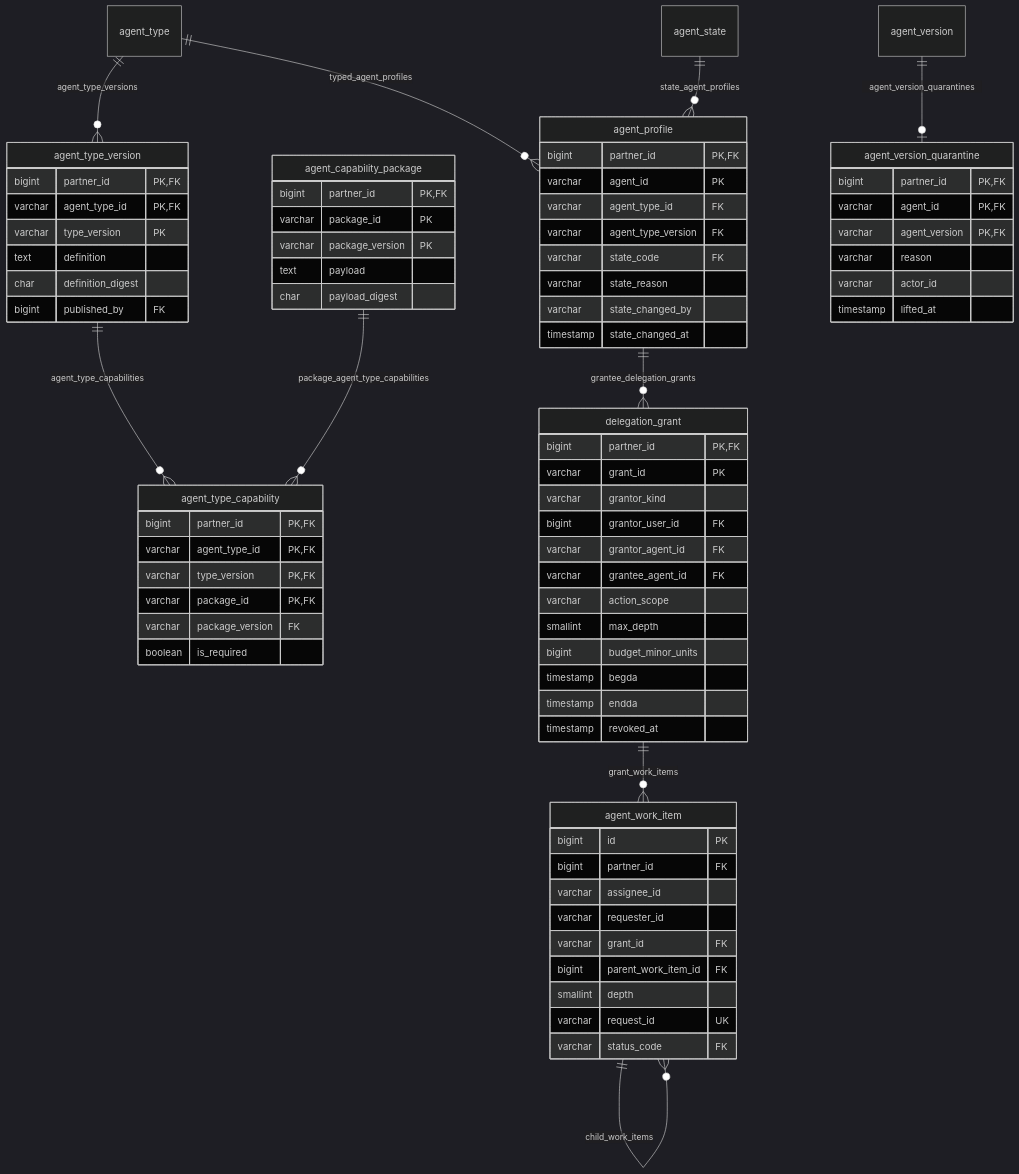
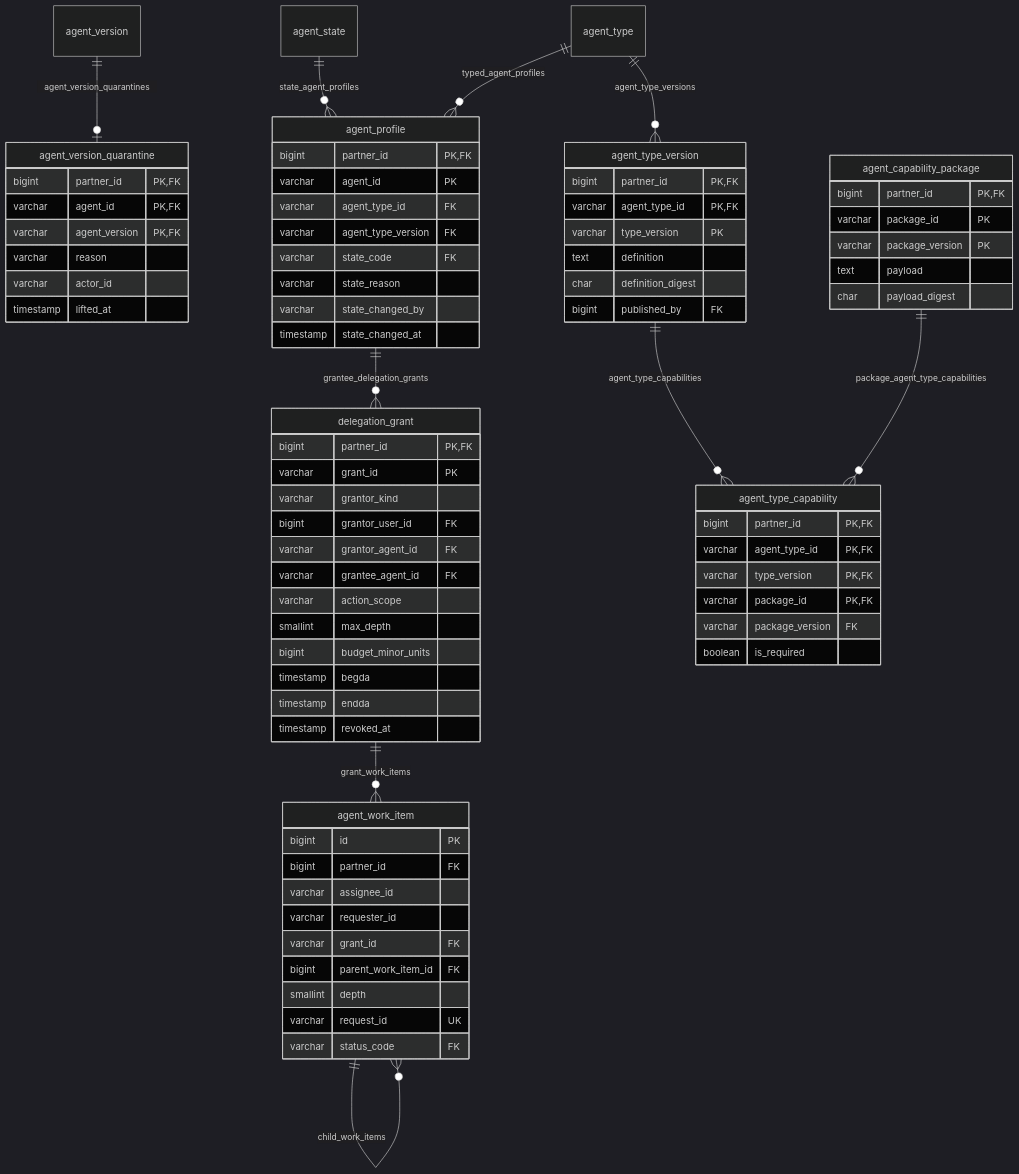
One commit to nauticana/scout changed diagram 14 of 21 in doc/database.md. Above: the diagram before and after it, drawn with Mermaid (dark theme). The commit also changed other lines of this file and 271 other files, not shown here.

````diff
--- a/doc/database.md
+++ b/doc/database.md
@@ -1153,79 +1308,79 @@
 ```mermaid
 erDiagram
+    agent_version ||--o| agent_version_quarantine : agent_version_quarantines
+    agent_state ||--o{ agent_profile : state_agent_profiles
+    agent_type ||--o{ agent_profile : typed_agent_profiles
     agent_type ||--o{ agent_type_version : agent_type_versions
-    agent_type ||--o{ agent_profile : typed_agent_profiles
     agent_type_version ||--o{ agent_type_capability : agent_type_capabilities
     agent_capability_package ||--o{ agent_type_capability : package_agent_type_capabilities
-    agent_state ||--o{ agent_profile : state_agent_profiles
-    agent_version ||--o| agent_version_quarantine : agent_version_quarantines
     agent_profile ||--o{ delegation_grant : grantee_delegation_grants
     delegation_grant ||--o{ agent_work_item : grant_work_items
     agent_work_item ||--o{ agent_work_item : child_work_items
 
     agent_type_version {
         bigint partner_id PK,FK
         varchar agent_type_id PK,FK
         varchar type_version PK
         text definition
         char definition_digest
         bigint published_by FK
     }
     agent_capability_package {
         bigint partner_id PK,FK
         varchar package_id PK
         varchar package_version PK
         text payload
         char payload_digest
     }
     agent_type_capability {
         bigint partner_id PK,FK
         varchar agent_type_id PK,FK
         varchar type_version PK,FK
         varchar package_id PK,FK
         varchar package_version FK
         boolean is_required
     }
     agent_profile {
         bigint partner_id PK,FK
         varchar agent_id PK
         varchar agent_type_id FK
         varchar agent_type_version FK
         varchar state_code FK
         varchar state_reason
         varchar state_changed_by
         timestamp state_changed_at
     }
     agent_version_quarantine {
         bigint partner_id PK,FK
         varchar agent_id PK,FK
         varchar agent_version PK,FK
         varchar reason
         varchar actor_id
         timestamp lifted_at
     }
     delegation_grant {
         bigint partner_id PK,FK
         varchar grant_id PK
         varchar grantor_kind
         bigint grantor_user_id FK
         varchar grantor_agent_id FK
         varchar grantee_agent_id FK
         varchar action_scope
         smallint max_depth
         bigint budget_minor_units
         timestamp begda
         timestamp endda
         timestamp revoked_at
     }
     agent_work_item {
         bigint id PK
         bigint partner_id FK
         varchar assignee_id
         varchar requester_id
         varchar grant_id FK
         bigint parent_work_item_id FK
         smallint depth
         varchar request_id UK
         varchar status_code FK
     }
 ```
````
